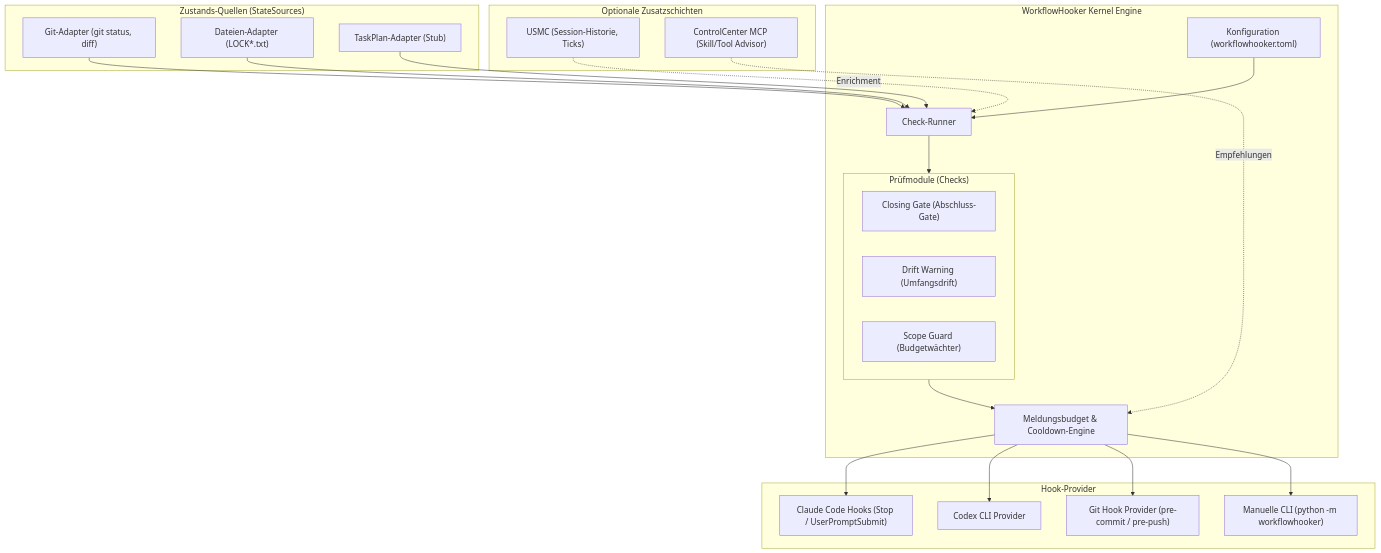
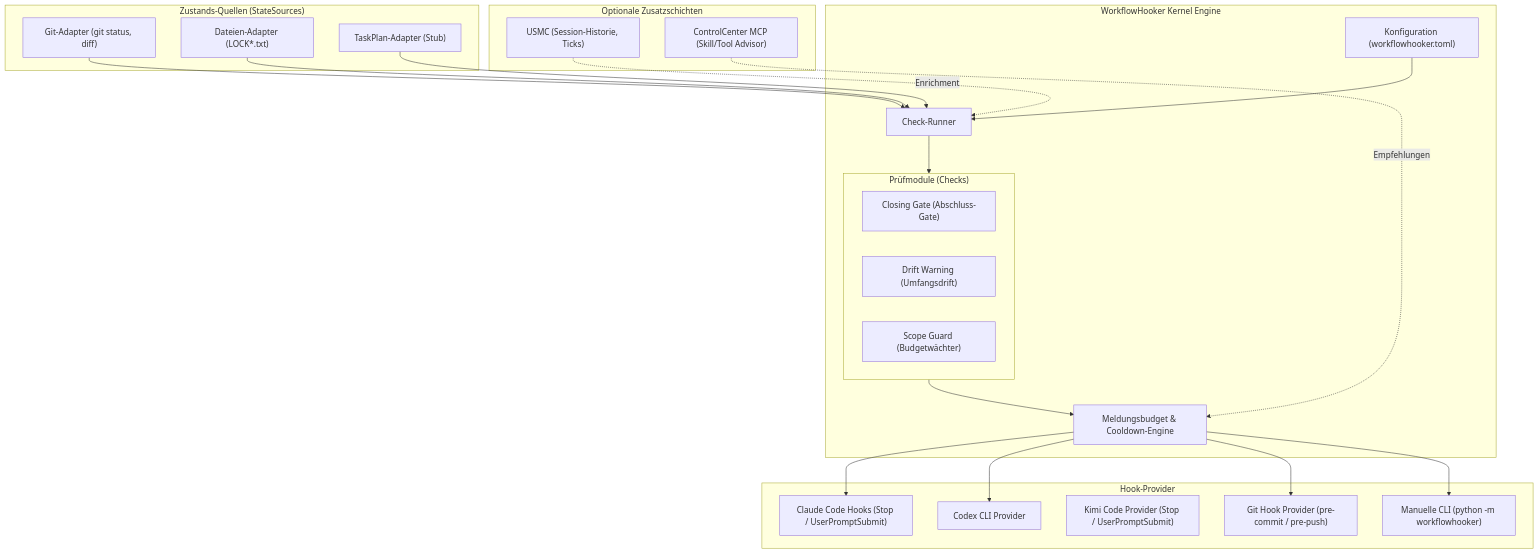
The diagram in README_de.md (ellmos-ai/WORKFLOWHOOKER), drawn with Mermaid before and after one commit. The commit also changed other lines of this file and 5 other files, not shown here.

````diff
--- a/README_de.md
+++ b/README_de.md
@@ -22,47 +22,48 @@
 ```mermaid
 graph TD
     subgraph StateSources ["Zustands-Quellen (StateSources)"]
         GitSource["Git-Adapter (git status, diff)"]
         FilesSource["Dateien-Adapter (LOCK*.txt)"]
         TaskPlanSource["TaskPlan-Adapter (Stub)"]
     end
 
     subgraph Core ["WorkflowHooker Kernel Engine"]
         Config["Konfiguration (workflowhooker.toml)"]
         CheckRunner["Check-Runner"]
         subgraph Checks ["Prüfmodule (Checks)"]
             ClosingGate["Closing Gate (Abschluss-Gate)"]
             DriftWarning["Drift Warning (Umfangsdrift)"]
             ScopeGuard["Scope Guard (Budgetwächter)"]
         end
         BudgetCooldown["Meldungsbudget & Cooldown-Engine"]
     end
 
     subgraph OptionalLayers ["Optionale Zusatzschichten"]
         USMC["USMC (Session-Historie, Ticks)"]
         ControlCenter["ControlCenter MCP (Skill/Tool Advisor)"]
     end
 
     subgraph HookProviders ["Hook-Provider"]
         ClaudeProvider["Claude Code Hooks (Stop / UserPromptSubmit)"]
         CodexProvider["Codex CLI Provider"]
+        KimiProvider["Kimi Code Provider (Stop / UserPromptSubmit)"]
         GitHookProvider["Git Hook Provider (pre-commit / pre-push)"]
         CLIProvider["Manuelle CLI (python -m workflowhooker)"]
     end
 
     GitSource --> CheckRunner
     FilesSource --> CheckRunner
     TaskPlanSource --> CheckRunner
 
     Config --> CheckRunner
     CheckRunner --> Checks
     Checks --> BudgetCooldown
 
     USMC -.->|Enrichment| CheckRunner
     ControlCenter -.->|Empfehlungen| BudgetCooldown
 
     BudgetCooldown --> ClaudeProvider
     BudgetCooldown --> CodexProvider
     BudgetCooldown --> GitHookProvider
     BudgetCooldown --> CLIProvider
 ```
````
